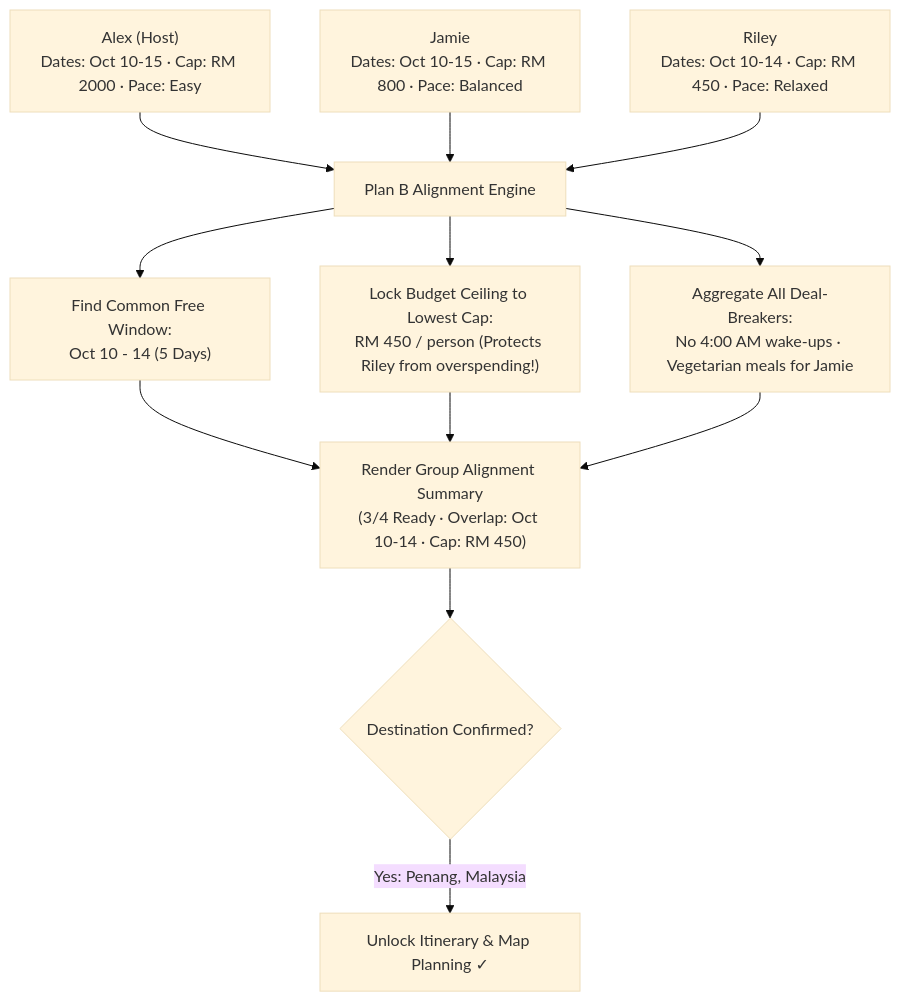
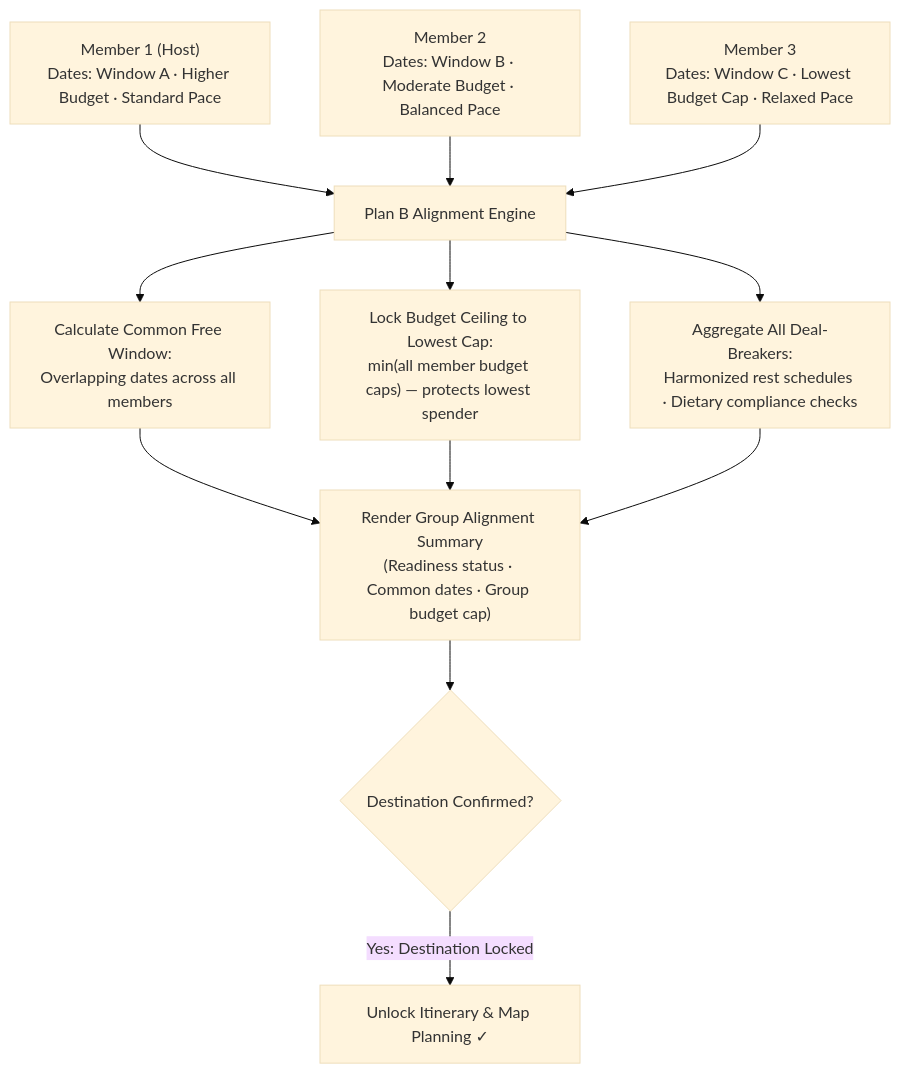
Before and after one commit to nlzce/We-are-the-champions_Plan-B: the eighth of 21 diagrams in README.md, drawn with Mermaid (base theme). The commit also changed other lines of this file, not shown here.

Commit message:
docs: update README with multi-agent architecture, 22-screen journey, and zero-form intake

````diff
--- a/README.md
+++ b/README.md
@@ -218,17 +327,17 @@
 ```mermaid
 flowchart TD
-  F1["Alex (Host)<br/>Dates: Oct 10-15 · Cap: RM 2000 · Pace: Easy"] --> MatchEngine["Plan B Alignment Engine"]
-  F2["Jamie<br/>Dates: Oct 10-15 · Cap: RM 800 · Pace: Balanced"] --> MatchEngine
-  F3["Riley<br/>Dates: Oct 10-14 · Cap: RM 450 · Pace: Relaxed"] --> MatchEngine
+  F1["Member 1 (Host)<br/>Dates: Window A · Higher Budget · Standard Pace"] --> MatchEngine["Plan B Alignment Engine"]
+  F2["Member 2<br/>Dates: Window B · Moderate Budget · Balanced Pace"] --> MatchEngine
+  F3["Member 3<br/>Dates: Window C · Lowest Budget Cap · Relaxed Pace"] --> MatchEngine
 
-  MatchEngine --> Win["Find Common Free Window:<br/>Oct 10 - 14 (5 Days)"]
-  MatchEngine --> Cap["Lock Budget Ceiling to Lowest Cap:<br/>RM 450 / person (Protects Riley from overspending!)"]
-  MatchEngine --> Rules["Aggregate All Deal-Breakers:<br/>No 4:00 AM wake-ups · Vegetarian meals for Jamie"]
+  MatchEngine --> Win["Calculate Common Free Window:<br/>Overlapping dates across all members"]
+  MatchEngine --> Cap["Lock Budget Ceiling to Lowest Cap:<br/>min(all member budget caps) — protects lowest spender"]
+  MatchEngine --> Rules["Aggregate All Deal-Breakers:<br/>Harmonized rest schedules · Dietary compliance checks"]
 
-  Win --> SummaryCard["Render Group Alignment Summary<br/>(3/4 Ready · Overlap: Oct 10-14 · Cap: RM 450)"]
+  Win --> SummaryCard["Render Group Alignment Summary<br/>(Readiness status · Common dates · Group budget cap)"]
   Cap --> SummaryCard
   Rules --> SummaryCard
 
   SummaryCard --> ConfirmDest{"Destination Confirmed?"}
-  ConfirmDest -->|Yes: Penang, Malaysia| UnlockPlan["Unlock Itinerary & Map Planning ✓"]
+  ConfirmDest -->|Yes: Destination Locked| UnlockPlan["Unlock Itinerary & Map Planning ✓"]
 ```
````
